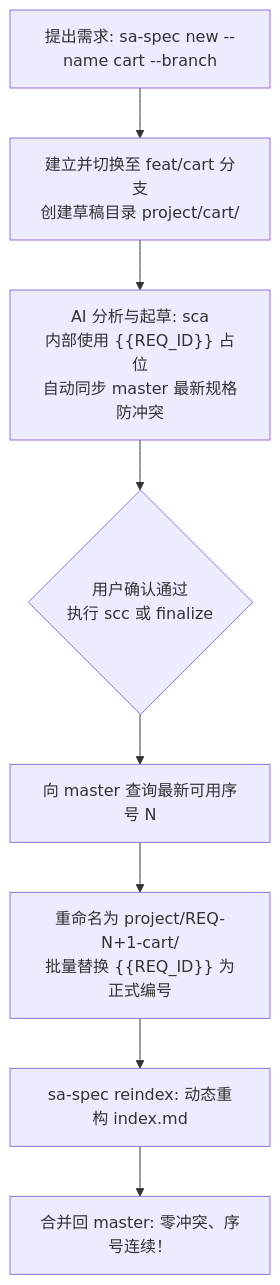
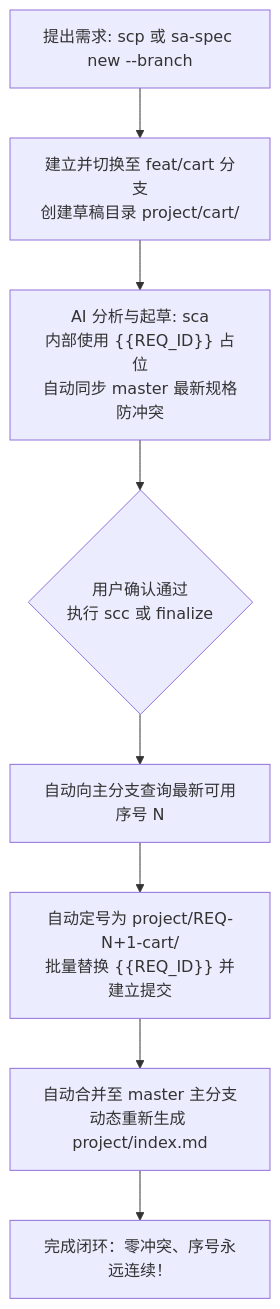
The diagram in README.zh-CN.md (lovius215/ai_spec), drawn with Mermaid before and after one commit. The commit also changed other lines of this file and 12 other files, not shown here.

````diff
--- a/README.zh-CN.md
+++ b/README.zh-CN.md
@@ -103,10 +103,10 @@
 ```mermaid
 flowchart TD
-    A["提出需求: sa-spec new --name cart --branch"] --> B["建立并切换至 feat/cart 分支<br/>创建草稿目录 project/cart/"]
+    A["提出需求: scp 或 sa-spec new --branch"] --> B["建立并切换至 feat/cart 分支<br/>创建草稿目录 project/cart/"]
     B --> C["AI 分析与起草: sca<br/>内部使用 {{REQ_ID}} 占位<br/>自动同步 master 最新规格防冲突"]
     C --> D{"用户确认通过<br/>执行 scc 或 finalize"}
-    D --> E["向 master 查询最新可用序号 N"]
-    E --> F["重命名为 project/REQ-N+1-cart/<br/>批量替换 {{REQ_ID}} 为正式编号"]
-    F --> G["sa-spec reindex: 动态重构 index.md"]
-    G --> H["合并回 master: 零冲突、序号连续！"]
+    D --> E["自动向主分支查询最新可用序号 N"]
+    E --> F["自动定号为 project/REQ-N+1-cart/<br/>批量替换 {{REQ_ID}} 并建立提交"]
+    F --> G["自动合并至 master 主分支<br/>动态重新生成 project/index.md"]
+    G --> H["完成闭环：零冲突、序号永远连续！"]
 ```
````
